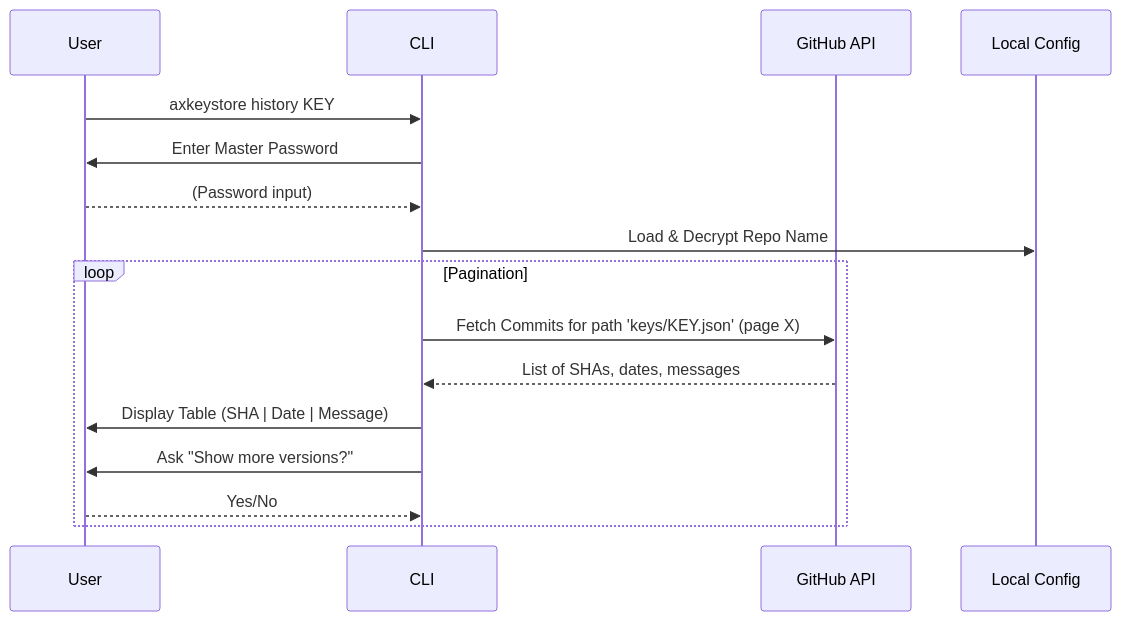
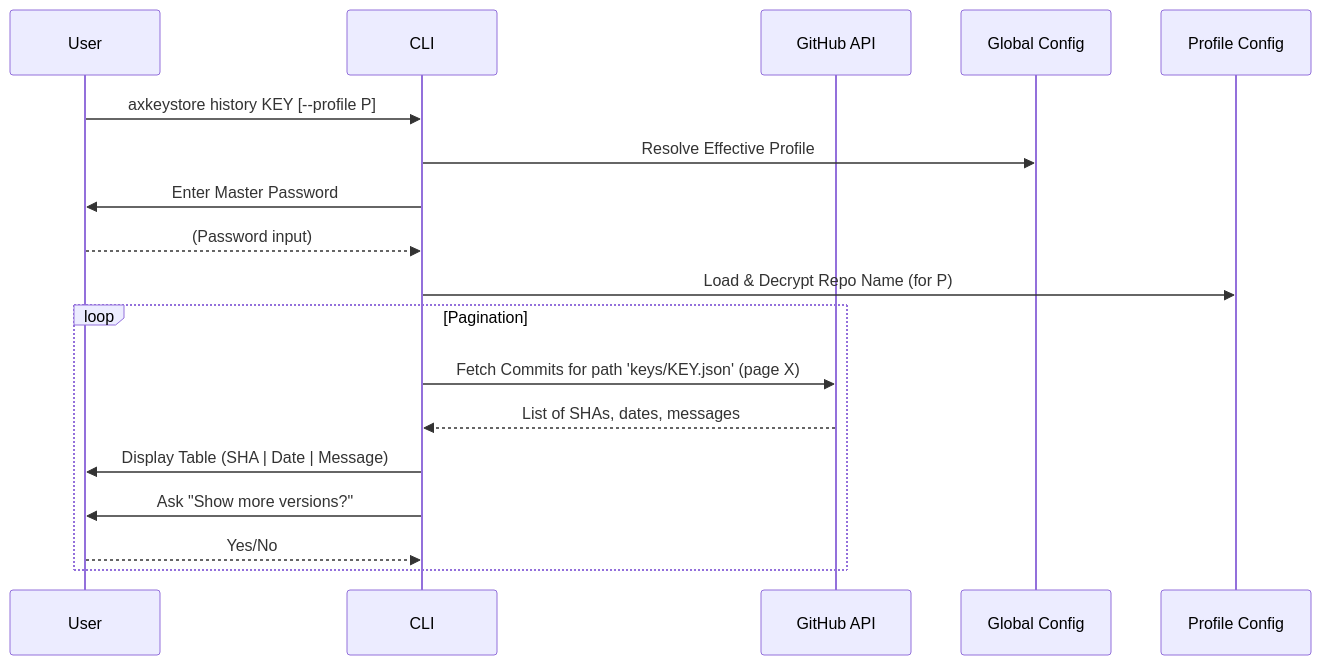
Before and after one commit to basilgregory/axkeystore: the fifth of 7 diagrams in README.md, drawn with Mermaid. The commit also changed other lines of this file and 5 other files, not shown here.

Commit message:
added muliple profile features. each profile can have own master password and repo.

````diff
--- a/README.md
+++ b/README.md
@@ -284,19 +338,21 @@
 ```mermaid
 sequenceDiagram
     participant U as User
     participant C as CLI
     participant G as GitHub API
-    participant LC as Local Config
+    participant GC as Global Config
+    participant PC as Profile Config
 
-    U->>C: axkeystore history KEY
+    U->>C: axkeystore history KEY [--profile P]
+    C->>GC: Resolve Effective Profile
     C->>U: Enter Master Password
     U-->>C: (Password input)
-    C->>LC: Load & Decrypt Repo Name
+    C->>PC: Load & Decrypt Repo Name (for P)
     loop Pagination
         C->>G: Fetch Commits for path 'keys/KEY.json' (page X)
         G-->>C: List of SHAs, dates, messages
         C->>U: Display Table (SHA | Date | Message)
         C->>U: Ask "Show more versions?"
         U-->>C: Yes/No
     end
 ```
````
